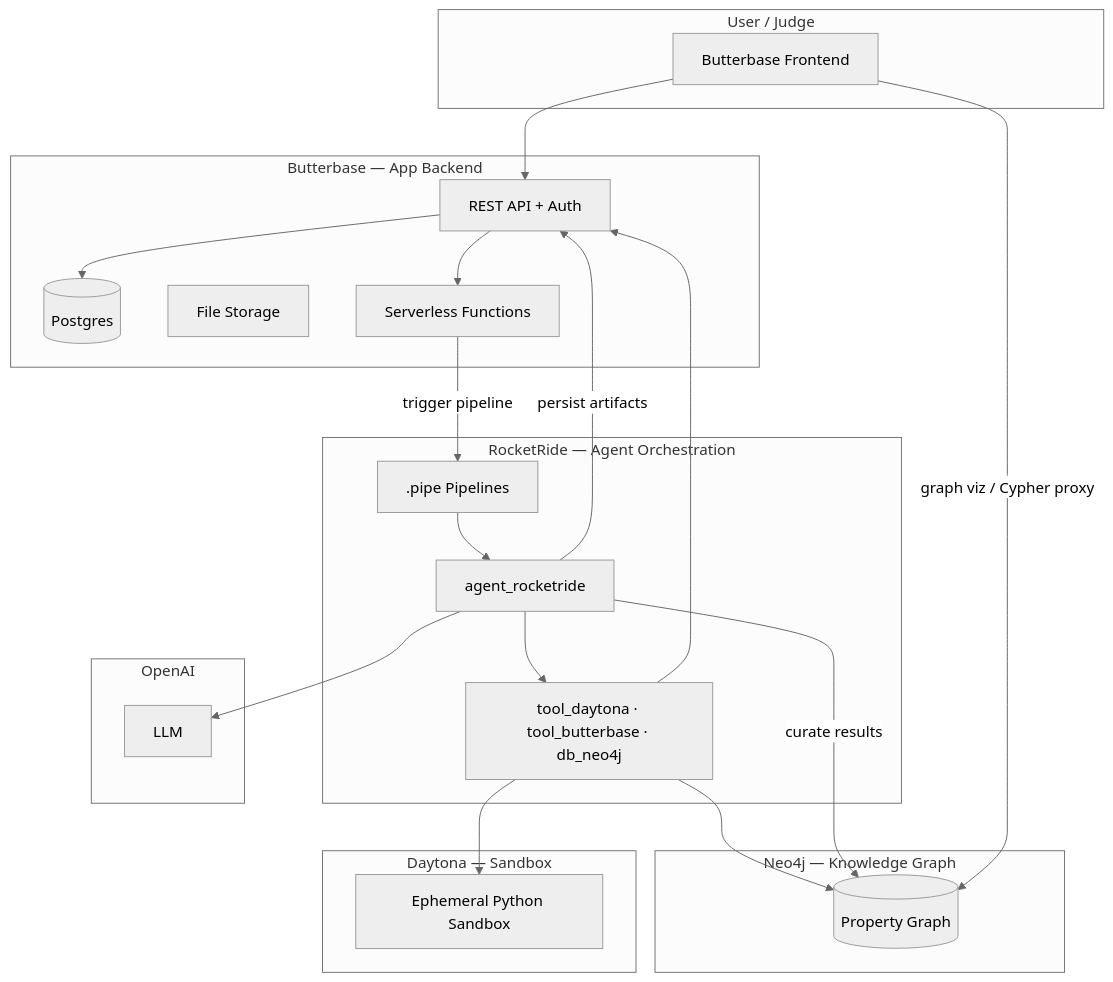
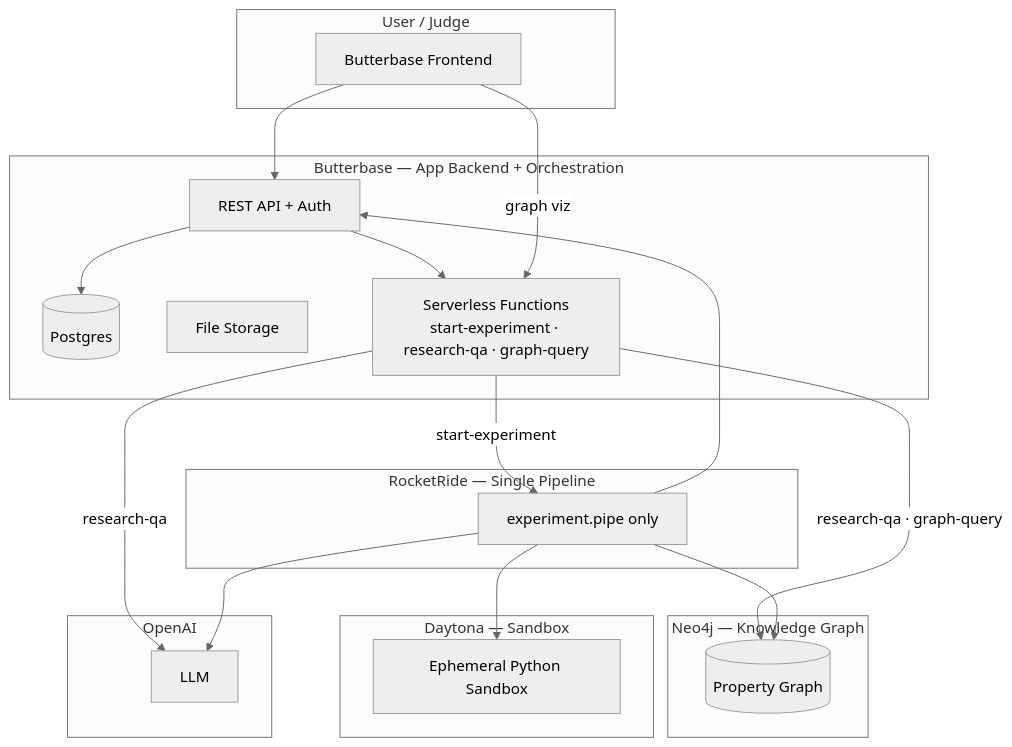
Before and after one commit to samshanmukh/Paper-to-Results-Graph: the first of 6 diagrams in docs/ARCHITECTURE.md, drawn with Mermaid (neutral theme). The commit also changed other lines of this file, not shown here.

First line of the commit message:
Revise architecture to minimize RocketRide usage

````diff
--- a/docs/ARCHITECTURE.md
+++ b/docs/ARCHITECTURE.md
@@ -68,45 +95,41 @@
 ```mermaid
 flowchart TB
     subgraph user [User / Judge]
         UI[Butterbase Frontend]
     end
 
-    subgraph butterbase [Butterbase — App Backend]
+    subgraph butterbase [Butterbase — App Backend + Orchestration]
         API[REST API + Auth]
         DB[(Postgres)]
         Storage[File Storage]
-        Fn[Serverless Functions]
+        Fn[Serverless Functions<br/>start-experiment · research-qa · graph-query]
     end
 
-    subgraph rocketride [RocketRide — Agent Orchestration]
-        Pipeline[.pipe Pipelines]
-        Agent[agent_rocketride]
-        Tools[tool_daytona · tool_butterbase · db_neo4j]
+    subgraph rocketride [RocketRide — Single Pipeline]
+        EXP[experiment.pipe only]
     end
 
     subgraph neo4j [Neo4j — Knowledge Graph]
         Graph[(Property Graph)]
     end
 
     subgraph daytona [Daytona — Sandbox]
         Sandbox[Ephemeral Python Sandbox]
     end
 
     subgraph llm [OpenAI]
         GPT[LLM]
     end
 
     UI --> API
     API --> DB
     API --> Fn
-    Fn -->|trigger pipeline| Pipeline
-    Pipeline --> Agent
-    Agent --> GPT
-    Agent --> Tools
-    Tools --> Graph
-    Tools --> API
-    Tools --> Sandbox
-    Agent -->|curate results| Graph
-    Agent -->|persist artifacts| API
-    UI -->|graph viz / Cypher proxy| Graph
+    Fn -->|research-qa · graph-query| Graph
+    Fn -->|research-qa| GPT
+    Fn -->|start-experiment| EXP
+    EXP --> GPT
+    EXP --> Sandbox
+    EXP --> Graph
+    EXP --> API
+    UI -->|graph viz| Fn
 ```
````
